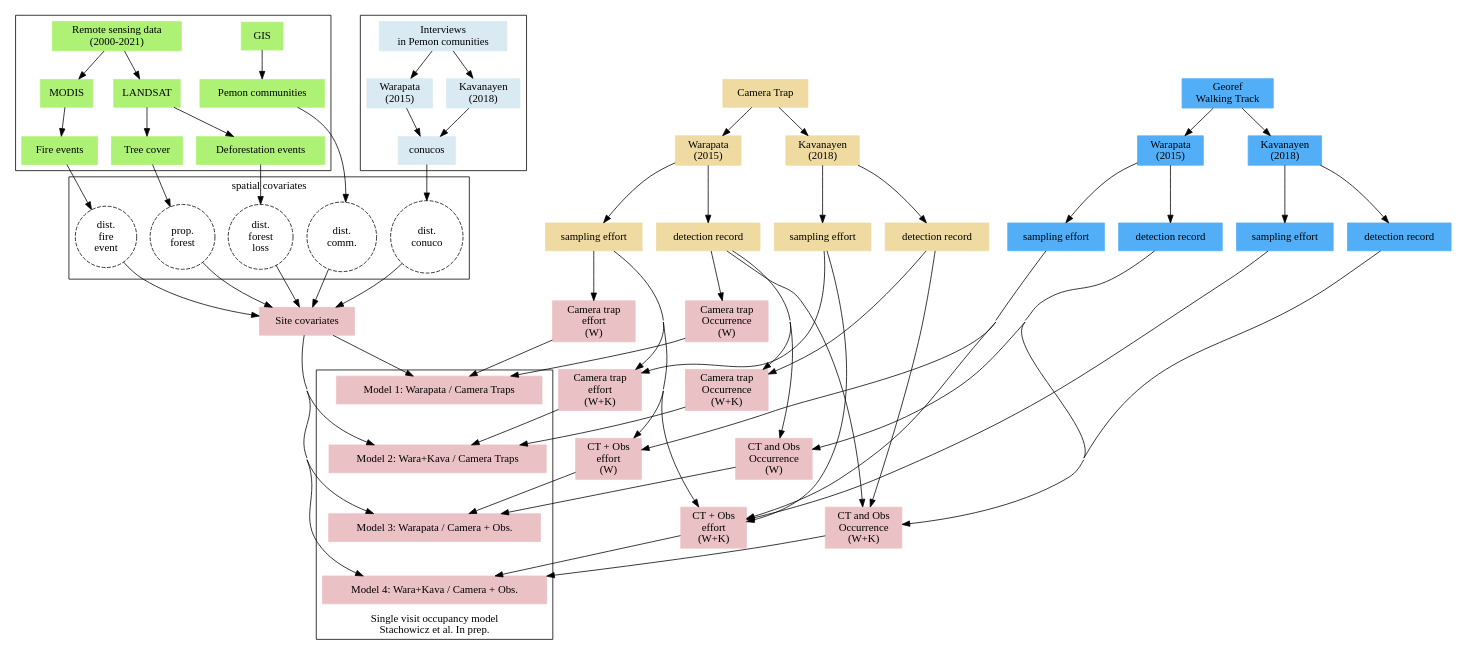
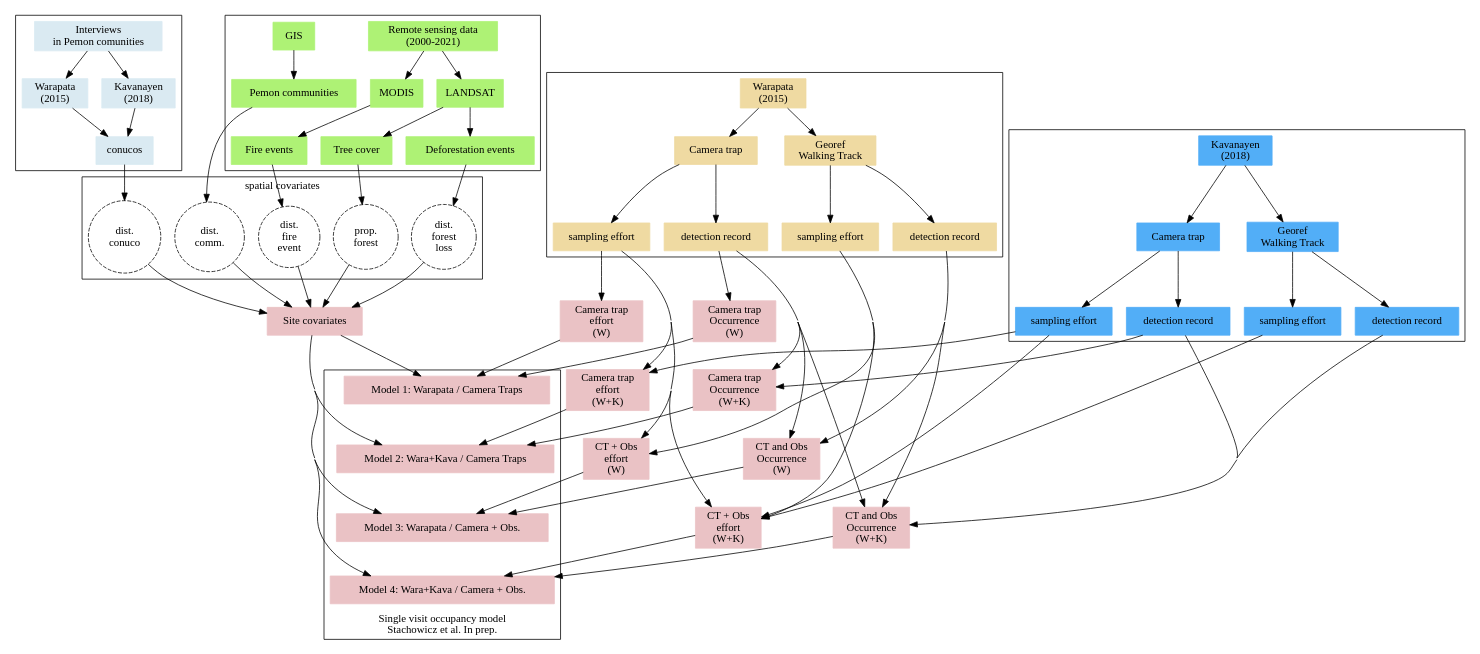
Before and after one commit to jrfep/GS-svocc: the diagram in figs/GranSabana-analisis.dot, drawn with Graphviz.

Commit message:
reorganise nodes in clusters by region

```diff
--- a/figs/GranSabana-analisis.dot
+++ b/figs/GranSabana-analisis.dot
@@ -1,136 +1,131 @@
 digraph G {
 	concentrate=true;
 	##rankdir=LR;
     layout=dot;
 	//newrank=true; // rank without respect to cluster
     rankdir="TD"; 
 	//subgraph cluster_analysis
 	{
 		node [shape=box color="#EAC2C5" style="filled"]
 		
   		subgraph cluster_StMS1 {
   			label="Single visit occupancy model\nStachowicz et al. In prep." labelloc = "bottom"
   			SVOC1 [label="Model 1: Warapata / Camera Traps"]
   			SVOC2 [label="Model 2: Wara+Kava / Camera Traps"]
   			SVOC3 [label="Model 3: Warapata / Camera + Obs."]
   			SVOC4 [label="Model 4: Wara+Kava / Camera + Obs."]
 
   		}
   		SITE_COVARS [label="Site covariates"]
   		OCC1 [label="Camera trap\nOccurrence\n(W)"]
   		OCC2 [label="Camera trap\nOccurrence\n(W+K)"]	
   		OCC3 [label="CT and Obs\nOccurrence\n(W)"]
   		OCC4 [label="CT and Obs\nOccurrence\n(W+K)"]
   		VISIT_COVAR1 [label="Camera trap\neffort\n(W)"]
   		VISIT_COVAR2 [label="Camera trap\neffort\n(W+K)"]
   		VISIT_COVAR3 [label="CT + Obs\neffort\n(W)"]
   		VISIT_COVAR4 [label="CT + Obs\neffort\n(W+K)"]
   		//	VISIT_COVAR2 [label="Visit covariates\n(W+K & CT)"]
   		//	OCC3 [label="Species Occurrence\n(W & CT+OBS)"]
   		//	VISIT_COVAR3 [label="Visit covariates\n(W & CT+OBS)"]
   		//	OCC4 [label="Species Occurrence\n(W+K & CT+OBS)"]
   		//	VISIT_COVAR4 [label="Visit covariates\n(W+K & CT+OBS)"]
 	}
 
     subgraph cluster_spatial {
 		node [shape=box color="#AEF275" style="filled"]
 		RS [label="Remote sensing data\n(2000-2021)"]
 		MODIS
 		LANDSAT
 		//DVI [label="NDVI timeseries"]
 		DFOR [label="Deforestation events"]
 		FRST [label="Tree cover"]
 		FIRE [label="Fire events"]
 		
 		GIS 
 		//RIVER [label="Rivers"]
 		COMU [label="Pemon communities"]
 	}
 
 	
 	subgraph cluster_interviews {
 		node [shape=box color="#DAEAF2" style="filled"]
 		INT [label="Interviews\nin Pemon comunities"]
 		INTW [label="Warapata\n(2015)"]
 		INTK [label="Kavanayen\n(2018)"]
 		CONU [label="conucos"]
 	}
 	
 	
 
-    subgraph cluster_fieldwork {
-      pencolor=transparent
-		// node [shape=circle style="filled" width=1.3 fixedsize=true color="#DFDAD2"];
-		// SD [label="Sampling\ndesign\n2014"]
-		subgraph cluster_obs {
+
+		subgraph cluster_kavanayen {
 			node [shape=box color="#52AEF7" style="filled"]
-			TRACK [label="Georef\nWalking Track"]
-			TRACKW [label="Warapata\n(2015)"]
-			TRACKK [label="Kavanayen\n(2018)"]
-			PRW [label="detection record"]
+			
+			TRACKK [label="Georef\nWalking Track"]
+			KAVANAYEN [label="Kavanayen\n(2018)"]
 			PRK [label="detection record"]
-			EFFW [label="sampling effort"]
 			EFFK [label="sampling effort"]
+			CTK [label="Camera trap"]
+			PAK [label="detection record"]
+			CTEK [label="sampling effort"]
 		}
-		subgraph cluster_camera {
-			
-			node [shape=box color="#EFDAA2" style="filled"]
-			CT [label="Camera Trap"]
-			CTW [label="Warapata\n(2015)"]
-			CTK [label="Kavanayen\n(2018)"]
-			PAK [label="detection record"]
+		
+		subgraph cluster_warapata {
+      node [shape=box color="#EFDAA2" style="filled"]
+      WARAPATA [label="Warapata\n(2015)"]
+			CTW [label="Camera trap"]
 			PAW [label="detection record"]
 			CTEW [label="sampling effort"]
-			CTEK [label="sampling effort"]
+			TRACKW [label="Georef\nWalking Track"]
+			PRW [label="detection record"]
+			EFFW [label="sampling effort"]
 		}
-		//	SD -> {TRACK -> CT [style = invis]} [style = invis] // set node order in cluster
-		// SD -> {TRACK -> CT [style = invis]}  [style="solid" color="#DFDAD2"]
 		
-    }
+    
 	subgraph cluster_covars {
 		label="spatial covariates"
 		node [shape=circle style="dashed"]
 	//	DRIV [label="dist.\nrivers"]
 		PFST  [label="prop.\nforest"]
 		DDFR [label="dist.\nforest\nloss"]
 		DFIRE [label="dist.\nfire\nevent"]
 		DCOM [label="dist.\ncomm."]
 		DCON [label="dist.\nconuco"]
 	}
 	{	
 		MODIS -> {FIRE}
 		GIS -> { COMU}
 		RS -> {MODIS;LANDSAT}
 		LANDSAT -> {DFOR;FRST}
 		// {NDVI;FIRE;FRST} -> SD [style="solid" color="#DFDAD2"]
 		//RIVER -> DRIV
 		CONU  -> DCON
 		FIRE  -> DFIRE
 		FRST-> PFST
 		DFOR -> DDFR
 		COMU  -> DCOM
-		CT -> CTW 
-		CTW -> {CTEW,PAW}
-		CT -> CTK -> {CTEK,PAK}
-		TRACK -> {TRACKW;TRACKK} 
-		TRACKW -> {EFFW;PRW}
-		TRACKK -> {EFFK;PRK}
+		WARAPATA -> CTW -> {CTEW,PAW}
+		KAVANAYEN -> CTK -> {CTEK,PAK}
+	
+		WARAPATA -> TRACKW -> {EFFW;PRW}
+		KAVANAYEN -> TRACKK -> {EFFK;PRK}
 		
 		{DDFR; DFIRE; PFST; DCON; DCOM }-> SITE_COVARS
 		//INT -> INTW ->  {PR;  CONU}
 		INT -> {INTK;  INTW} ->  {CONU}
 		
 		{CTEW} -> VISIT_COVAR1 -> SVOC1 // [label="visit covar"]
 		{CTEW;CTEK} -> VISIT_COVAR2 -> SVOC2// VISIT_COVAR2
 		{CTEW;EFFW} -> VISIT_COVAR3 -> SVOC3//VISIT_COVAR3
 		{CTEW;CTEK;EFFW;EFFK} -> VISIT_COVAR4 -> SVOC4//VISIT_COVAR4
 		{PAW} -> OCC1 -> SVOC1 // OCC1
 		{PAW;PAK} -> OCC2 -> SVOC2 // OCC2
 		{PAW;PRW} -> OCC3 -> SVOC3 // OCC3
 		{PAW;PAK;PRW;PRK} -> OCC4 -> SVOC4 // OCC4
 		{SITE_COVARS} -> {SVOC1;SVOC2;SVOC3;SVOC4}
 		SVOC1 -> SVOC2 -> SVOC3 -> SVOC4 [style=invis]
 		VISIT_COVAR1 -> VISIT_COVAR2 -> VISIT_COVAR3 -> VISIT_COVAR4 [style=invis]
 		OCC1 -> OCC2 -> OCC3 -> OCC4 [style=invis]
 	}
 }
```
